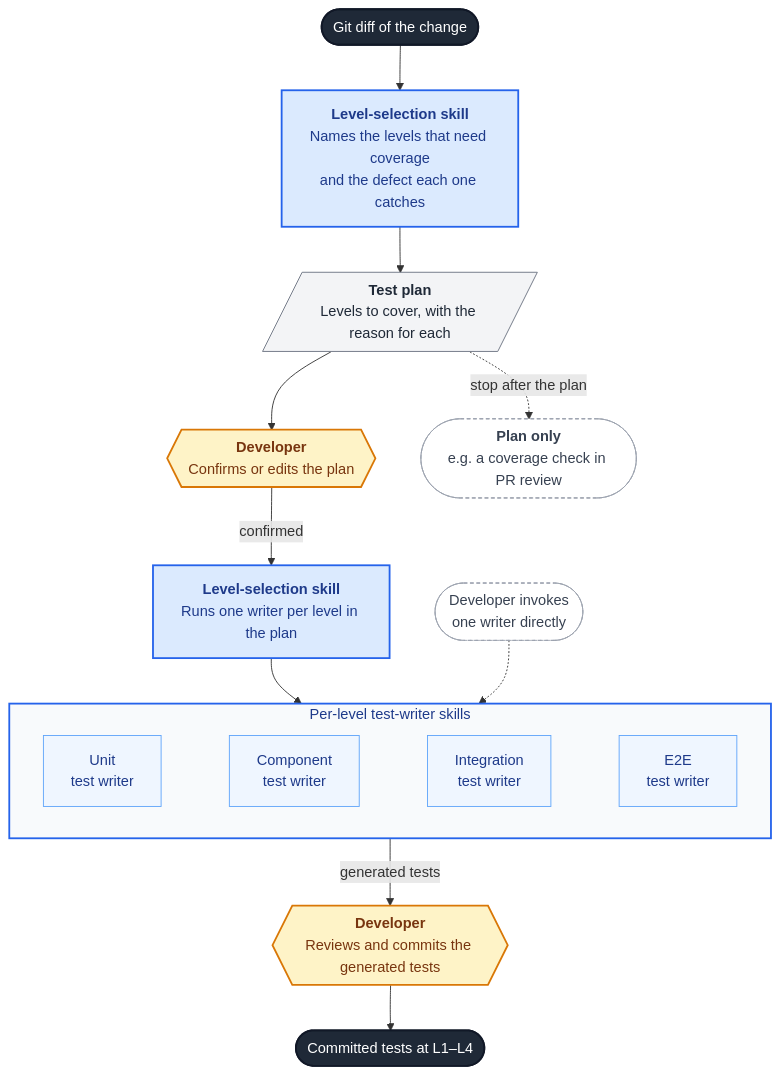
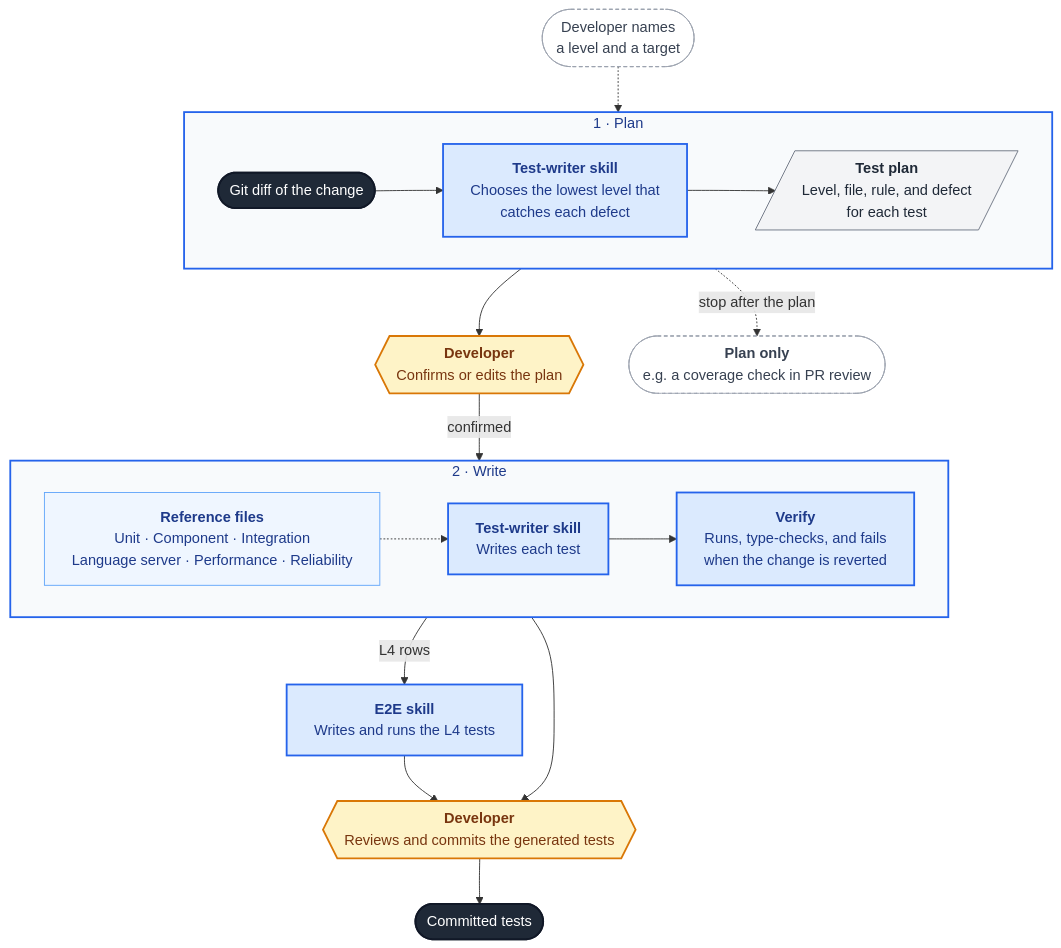
Before and after one commit to wso2/product-integrator: the second of 2 diagrams in docs/testing-strategy.md, drawn with Mermaid. The commit also changed other lines of this file, not shown here.

Commit message:
Replace level-selection and per-level writer skills with one test-writer skill

````diff
--- a/docs/testing-strategy.md
+++ b/docs/testing-strategy.md
@@ -191,47 +196,50 @@
 ```mermaid
+%%{init: {"flowchart": {"wrappingWidth": 320}}}%%
 flowchart TD
-    DIFF(["Git diff of the change"])
-
-    ANALYZE["<b>Level-selection skill</b><br/>Names the levels that need coverage<br/>and the defect each one catches"]
-    PLAN[/"<b>Test plan</b><br/>Levels to cover, with the reason for each"/]
-    CONF{{"<b>Developer</b><br/>Confirms or edits the plan"}}
-    RUN["<b>Level-selection skill</b><br/>Runs one writer per level in the plan"]
-
-    subgraph WRITERS ["Per-level test-writer skills"]
+    subgraph PLANSTAGE ["1 · Plan"]
         direction LR
-        W1["Unit<br/>test writer"] ~~~ W2["Component<br/>test writer"] ~~~ W3["Integration<br/>test writer"] ~~~ W4["E2E<br/>test writer"]
+        DIFF(["Git diff of the change"]) --> PLANNER["<b>Test-writer skill</b><br/>Chooses the lowest level that<br/>catches each defect"] --> PLAN[/"<b>Test plan</b><br/>Level, file, rule, and defect<br/>for each test"/]
     end
 
+    CONF{{"<b>Developer</b><br/>Confirms or edits the plan"}}
+
+    subgraph WRITESTAGE ["2 · Write"]
+        direction LR
+        REFS["<b>Reference files</b><br/>Unit · Component · Integration<br/>Language server · Performance · Reliability"] -.-> WRITE["<b>Test-writer skill</b><br/>Writes each test"]
+        WRITE --> VERIFY["<b>Verify</b><br/>Runs, type-checks, and fails<br/>when the change is reverted"]
+    end
+
+    E2E["<b>E2E skill</b><br/>Writes and runs the L4 tests"]
+
     REV{{"<b>Developer</b><br/>Reviews and commits the generated tests"}}
-    OUT(["Committed tests at L1–L4"])
+    OUT(["Committed tests"])
 
+    DIRECT(["Developer names<br/>a level and a target"])
     STOP(["<b>Plan only</b><br/>e.g. a coverage check in PR review"])
-    DIRECT(["Developer invokes<br/>one writer directly"])
 
-    DIFF --> ANALYZE
-    ANALYZE --> PLAN
-    PLAN --> CONF
-    CONF -->|confirmed| RUN
-    RUN --> WRITERS
-    WRITERS -->|generated tests| REV
+    DIRECT -.-> PLANSTAGE
+    PLANSTAGE --> CONF
+    PLANSTAGE -.->|stop after the plan| STOP
+    CONF -->|confirmed| WRITESTAGE
+    WRITESTAGE --> REV
+    WRITESTAGE -->|L4 rows| E2E
+    E2E --> REV
     REV --> OUT
-
-    PLAN -.->|stop after the plan| STOP
-    DIRECT -.-> WRITERS
 
     classDef io fill:#1f2937,stroke:#111827,color:#ffffff,stroke-width:2px
     classDef skill fill:#dbeafe,stroke:#2563eb,color:#1e3a8a,stroke-width:2px
-    classDef writer fill:#eff6ff,stroke:#60a5fa,color:#1e3a8a
+    classDef ref fill:#eff6ff,stroke:#60a5fa,color:#1e3a8a
     classDef artifact fill:#f3f4f6,stroke:#6b7280,color:#1f2937
     classDef human fill:#fef3c7,stroke:#d97706,color:#78350f,stroke-width:2px
     classDef alt fill:#ffffff,stroke:#9ca3af,color:#374151,stroke-dasharray:4 3
 
     class DIFF,OUT io
-    class ANALYZE,RUN skill
-    class W1,W2,W3,W4 writer
+    class PLANNER,WRITE,E2E,VERIFY skill
+    class REFS ref
     class PLAN artifact
     class CONF,REV human
     class STOP,DIRECT alt
 
-    style WRITERS fill:#f8fafc,stroke:#2563eb,stroke-width:2px,color:#1e3a8a
+    style PLANSTAGE fill:#f8fafc,stroke:#2563eb,stroke-width:2px,color:#1e3a8a
+    style WRITESTAGE fill:#f8fafc,stroke:#2563eb,stroke-width:2px,color:#1e3a8a
 ```
````
